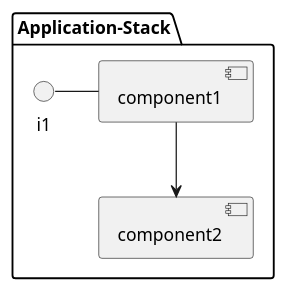
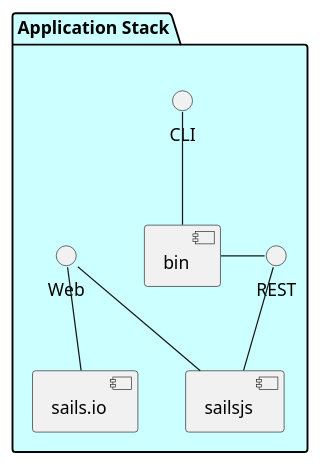
The diagram in docs/Solution/Application-Stack/Physical.puml (CAADE/fleet), drawn with PlantUML before and after one commit. The commit also changed 44 other files, not shown here.

Commit message:
Document Application Stack

```diff
--- a/docs/Solution/Application-Stack/Physical.puml
+++ b/docs/Solution/Application-Stack/Physical.puml
@@ -1,11 +1,18 @@
 @startuml
 
-package "Application-Stack" {
-component component1
-component component2
-interface i1
 
+package "Application Stack" #ccffff {
+    interface CLI
+    interface Web
+    interface REST
+    component sailsjs
+    component sails.io
+    component bin
 }
-i1 - component1
-component1 --> component2
+CLI -- bin
+Web -- sailsjs
+REST -- sailsjs
+bin - REST
+
+Web -- sails.io
 @enduml
```
